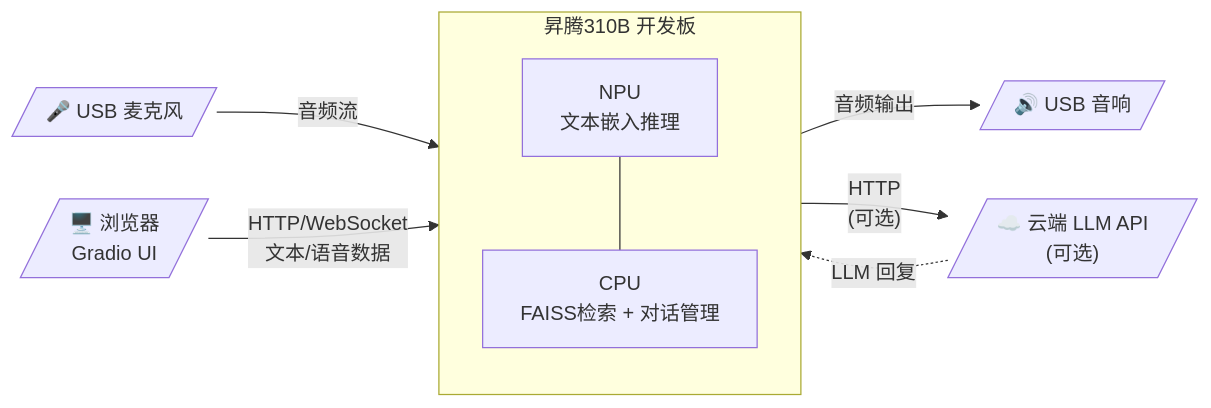
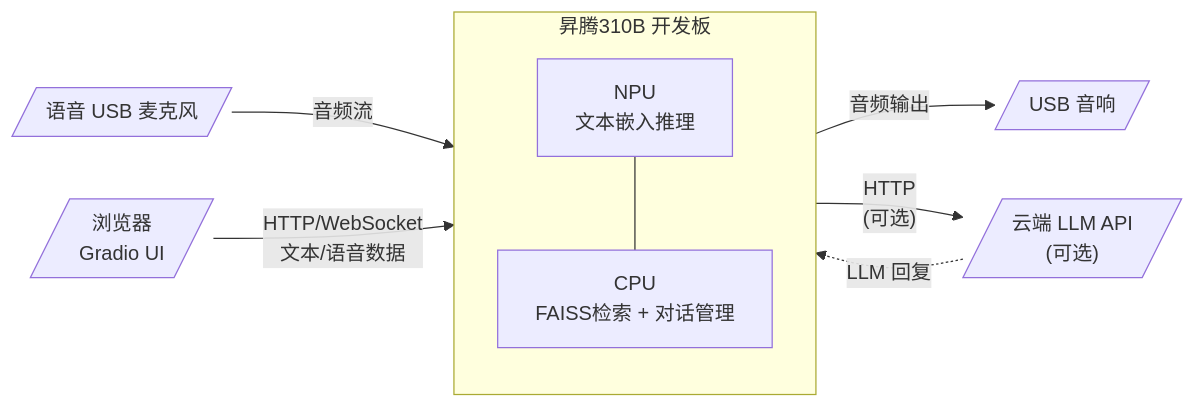
Before and after one commit to zhouxzh/Ascend310: the first of 7 diagrams in src/experiment/case9.md, drawn with Mermaid. The commit also changed other lines of this file and 51 other files, not shown here.

````diff
--- a/src/experiment/case9.md
+++ b/src/experiment/case9.md
@@ -28,19 +28,19 @@
 ```mermaid
 flowchart LR
-    MIC[/"🎤 USB 麦克风"/]
-    SPK[/"🔊 USB 音响"/]
-    BROWSER[/"🖥️ 浏览器<br/>Gradio UI"/]
-    CLOUD[/"☁️ 云端 LLM API<br/>(可选)"/]
+    MIC[/"语音 USB 麦克风"/]
+    SPK[/" USB 音响"/]
+    BROWSER[/" 浏览器<br/>Gradio UI"/]
+    CLOUD[/" 云端 LLM API<br/>(可选)"/]
 
     subgraph DEVICE["昇腾310B 开发板"]
         NPU["NPU<br/>文本嵌入推理"]
         CPU["CPU<br/>FAISS检索 + 对话管理"]
         NPU --- CPU
     end
 
     MIC -->|"音频流"| DEVICE
     DEVICE -->|"音频输出"| SPK
     BROWSER -->|"HTTP/WebSocket<br/>文本/语音数据"| DEVICE
     DEVICE -->|"HTTP<br/>(可选)"| CLOUD
     CLOUD -.->|"LLM 回复"| DEVICE
 ```
````
